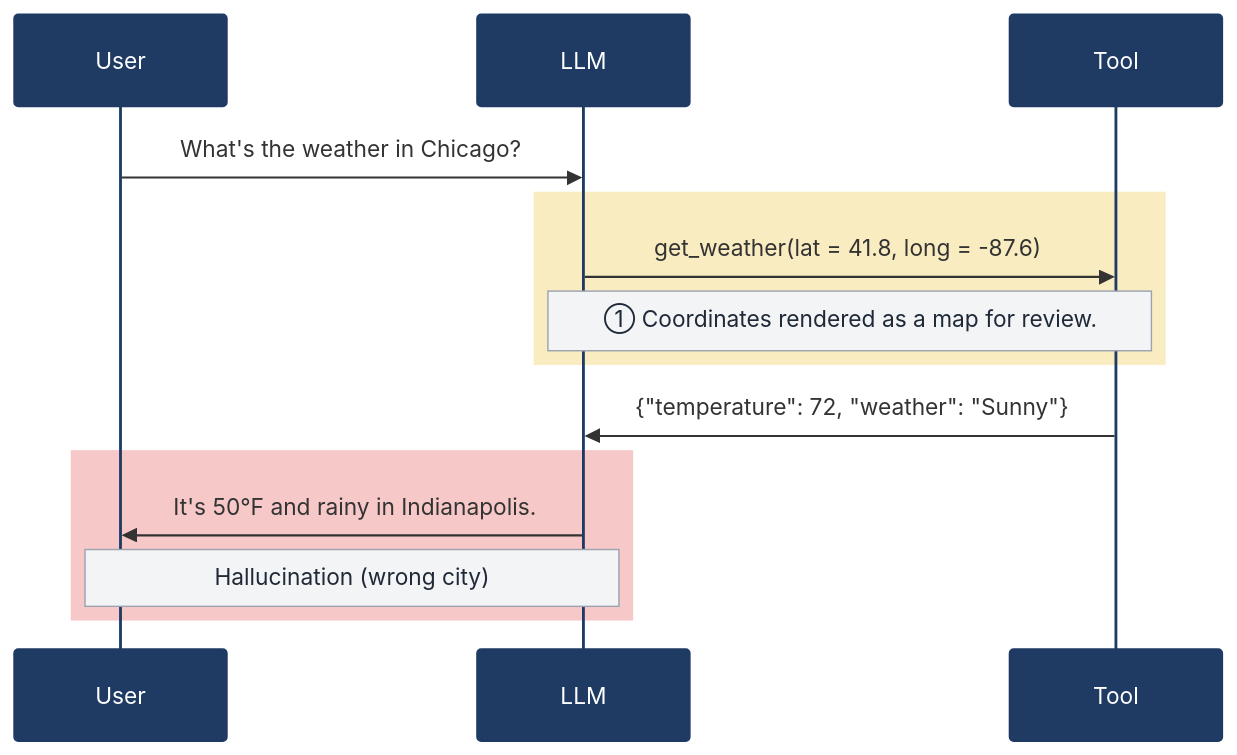
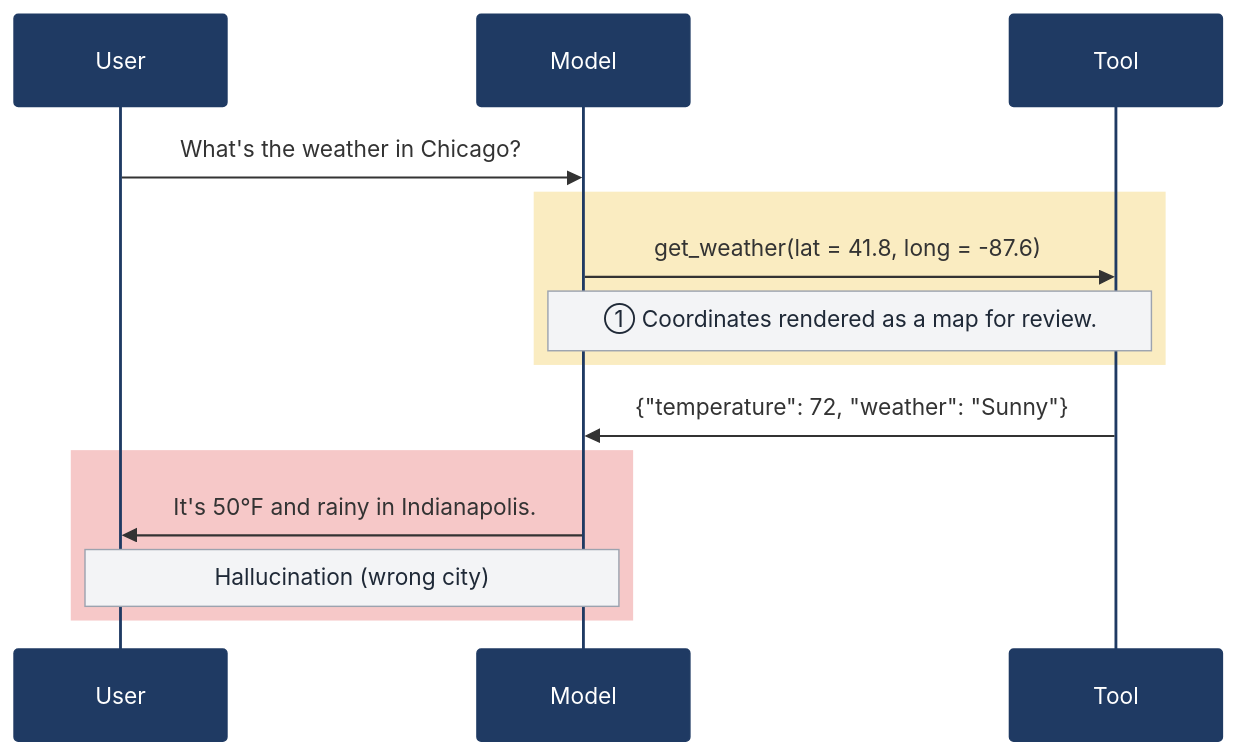
The second of 7 diagrams in hallucinations.qmd (parmsam/trustedminiagents), drawn with Mermaid before and after one commit. The commit also changed other lines of this file and 5 other files, not shown here.

Commit message:
'LLM' => 'AI model'

````diff
--- a/hallucinations.qmd
+++ b/hallucinations.qmd
@@ -89,18 +89,18 @@
 ```{mermaid}
 %%{init: {'theme':'base', 'themeVariables': {'actorBkg':'#1F3A63','actorTextColor':'#ffffff','actorBorder':'#1F3A63','noteBkgColor':'#F3F4F6','noteBorderColor':'#9CA3AF','noteTextColor':'#1F2937'}}}%%
 sequenceDiagram
     participant User
-    participant LLM
+    participant Model
     participant Tool
 
-    User->>LLM: What's the weather in Chicago?
+    User->>Model: What's the weather in Chicago?
     rect rgba(234, 179, 8, 0.25)
-    LLM->>Tool: get_weather(lat = 41.8, long = -87.6)
-    note over LLM,Tool: ① Coordinates rendered as a map for review.
+    Model->>Tool: get_weather(lat = 41.8, long = -87.6)
+    note over Model,Tool: ① Coordinates rendered as a map for review.
     end
-    Tool->>LLM: {"temperature": 72, "weather": "Sunny"}
+    Tool->>Model: {"temperature": 72, "weather": "Sunny"}
     rect rgba(220, 38, 38, 0.25)
-    LLM->>User: It's 50°F and rainy in Indianapolis.
-    note over User,LLM: Hallucination (wrong city)
+    Model->>User: It's 50°F and rainy in Indianapolis.
+    note over User,Model: Hallucination (wrong city)
     end
 ```
````
